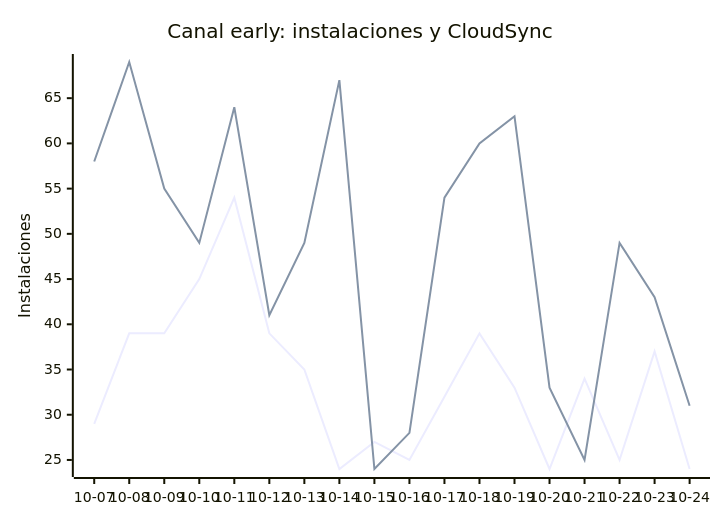
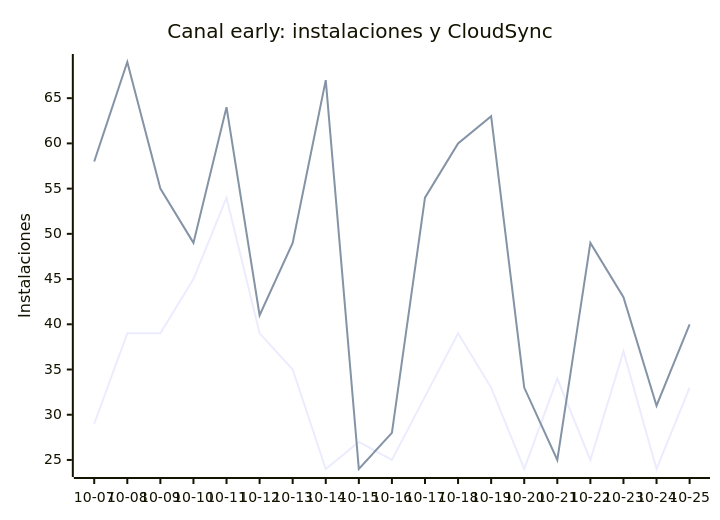
The ninth of 9 diagrams in README.md (EmuDeck/stats), drawn with Mermaid before and after one commit. The commit also changed other lines of this file and 2 other files, not shown here.

````diff
--- a/README.md
+++ b/README.md
@@ -110,8 +110,8 @@
 ```mermaid
 xychart-beta
     title "Canal early: instalaciones y CloudSync"
-    x-axis ["10-07", "10-08", "10-09", "10-10", "10-11", "10-12", "10-13", "10-14", "10-15", "10-16", "10-17", "10-18", "10-19", "10-20", "10-21", "10-22", "10-23", "10-24"]
+    x-axis ["10-07", "10-08", "10-09", "10-10", "10-11", "10-12", "10-13", "10-14", "10-15", "10-16", "10-17", "10-18", "10-19", "10-20", "10-21", "10-22", "10-23", "10-24", "10-25"]
     y-axis "Instalaciones"
-    line [29, 39, 39, 45, 54, 39, 35, 24, 27, 25, 32, 39, 33, 24, 34, 25, 37, 24]
-    line [58, 69, 55, 49, 64, 41, 49, 67, 24, 28, 54, 60, 63, 33, 25, 49, 43, 31]
+    line [29, 39, 39, 45, 54, 39, 35, 24, 27, 25, 32, 39, 33, 24, 34, 25, 37, 24, 33]
+    line [58, 69, 55, 49, 64, 41, 49, 67, 24, 28, 54, 60, 63, 33, 25, 49, 43, 31, 40]
 ```
````
